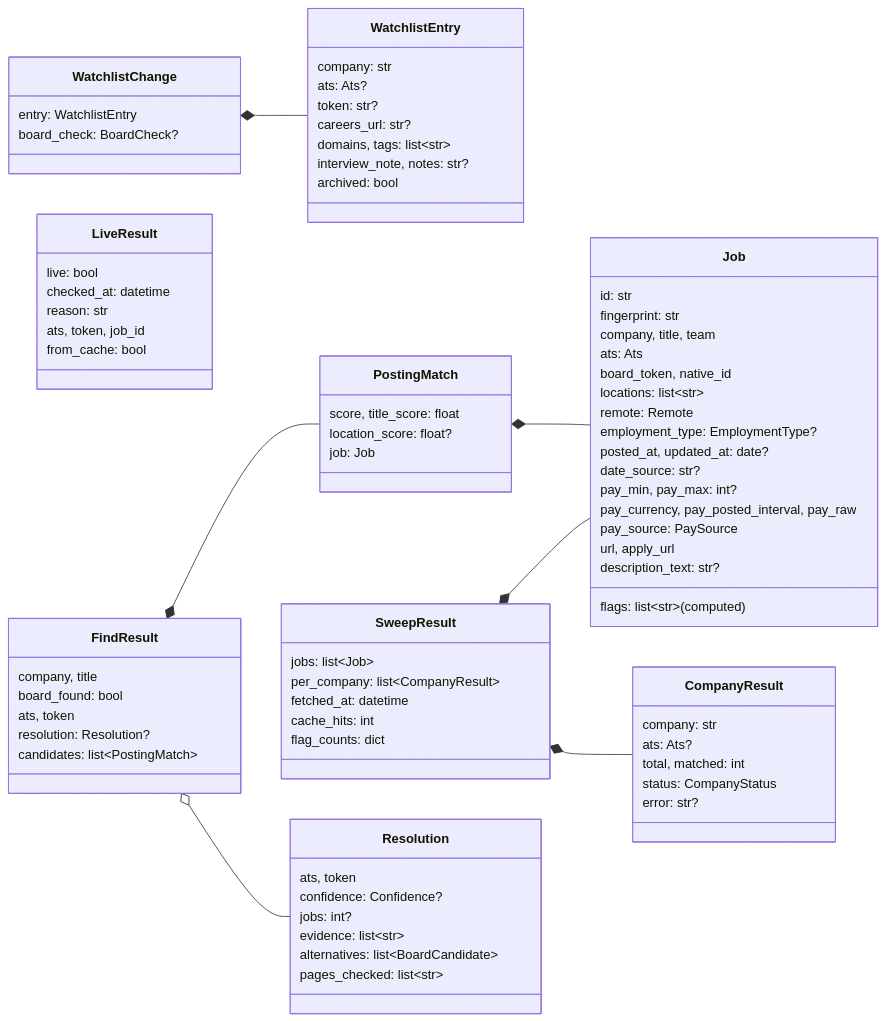
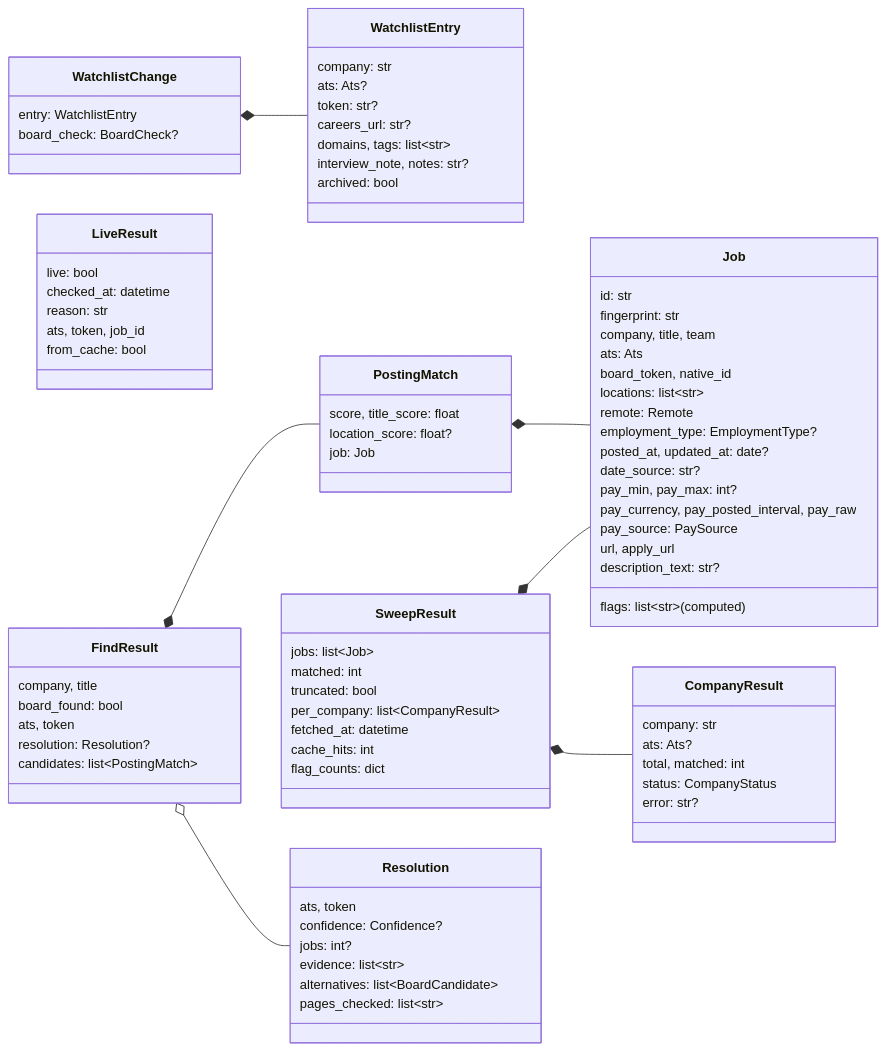
One commit to HakujouRyu/jobboard-mcp changed the sixth of 7 diagrams in docs/architecture.md. Above: the diagram before and after it, drawn with Mermaid. The commit also changed other lines of this file and 7 other files, not shown here.

```diff
--- a/docs/architecture.md
+++ b/docs/architecture.md
@@ -293,6 +293,8 @@
     }
     class SweepResult {
         jobs: list~Job~
+        matched: int
+        truncated: bool
         per_company: list~CompanyResult~
         fetched_at: datetime
         cache_hits: int
```
